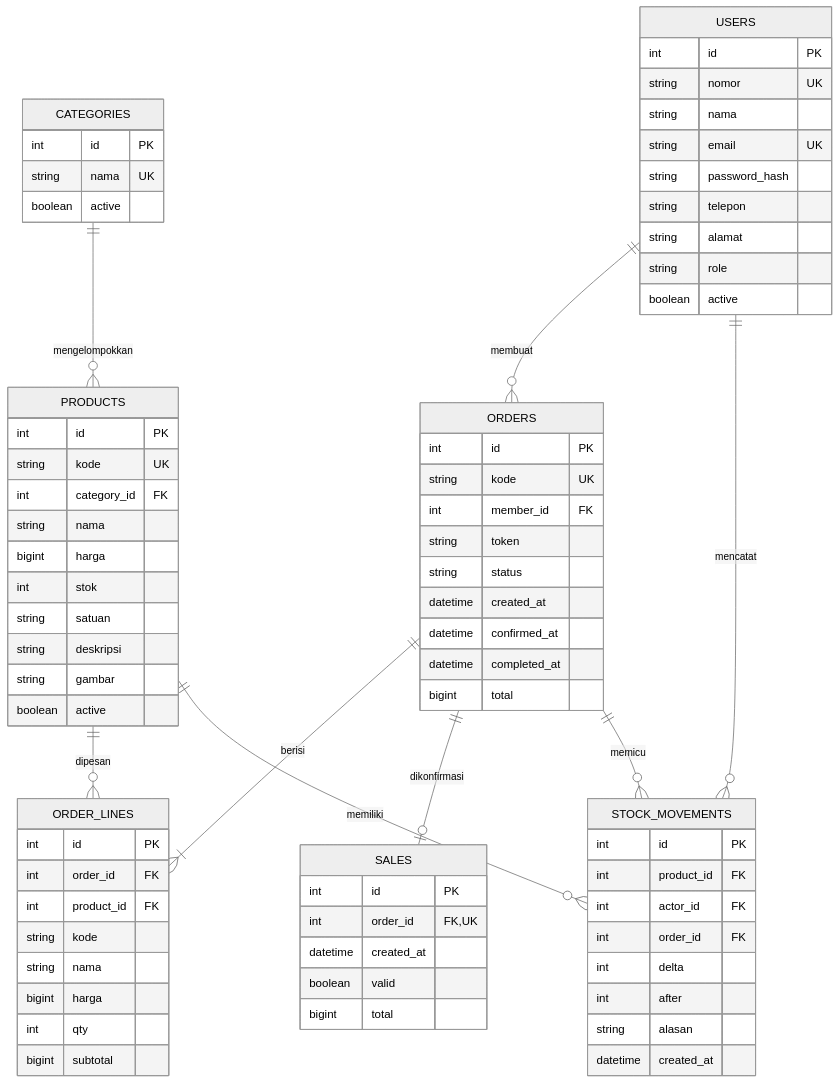
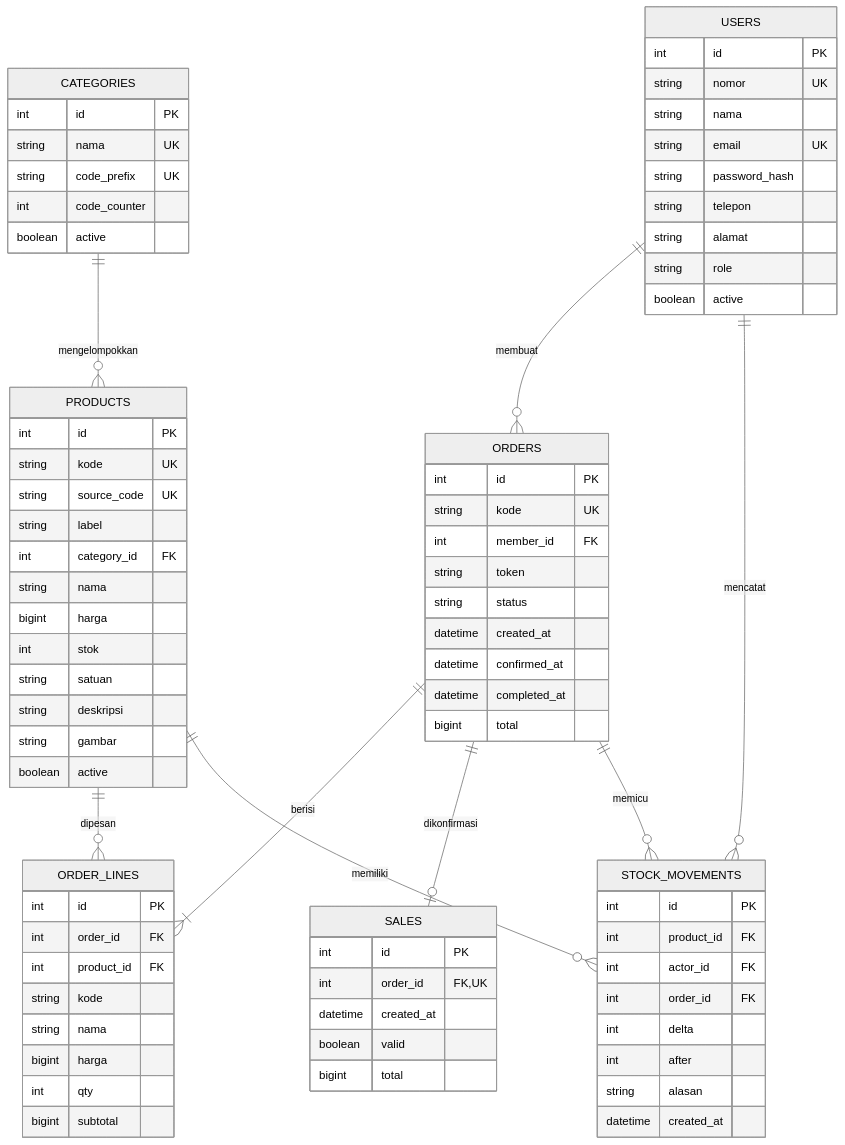
Before and after one commit to Nayaa00/SIKOS: the first of 2 diagrams in docs/ERD.md, drawn with Mermaid (neutral theme). The commit also changed 55 other files, not shown here.

````diff
--- a/docs/ERD.md
+++ b/docs/ERD.md
@@ -3,77 +3,81 @@
 ```mermaid
 erDiagram
     USERS ||--o{ ORDERS : membuat
     USERS ||--o{ STOCK_MOVEMENTS : mencatat
     CATEGORIES ||--o{ PRODUCTS : mengelompokkan
     PRODUCTS ||--o{ ORDER_LINES : dipesan
     PRODUCTS ||--o{ STOCK_MOVEMENTS : memiliki
     ORDERS ||--|{ ORDER_LINES : berisi
     ORDERS ||--o| SALES : dikonfirmasi
     ORDERS ||--o{ STOCK_MOVEMENTS : memicu
     USERS {
         int id PK
         string nomor UK
         string nama
         string email UK
         string password_hash
         string telepon
         string alamat
         string role
         boolean active
     }
     CATEGORIES {
         int id PK
         string nama UK
+        string code_prefix UK
+        int code_counter
         boolean active
     }
     PRODUCTS {
         int id PK
         string kode UK
+        string source_code UK
+        string label
         int category_id FK
         string nama
         bigint harga
         int stok
         string satuan
         string deskripsi
         string gambar
         boolean active
     }
     ORDERS {
         int id PK
         string kode UK
         int member_id FK
         string token
         string status
         datetime created_at
         datetime confirmed_at
         datetime completed_at
         bigint total
     }
     ORDER_LINES {
         int id PK
         int order_id FK
         int product_id FK
         string kode
         string nama
         bigint harga
         int qty
         bigint subtotal
     }
     SALES {
         int id PK
         int order_id FK,UK
         datetime created_at
         boolean valid
         bigint total
     }
     STOCK_MOVEMENTS {
         int id PK
         int product_id FK
         int actor_id FK
         int order_id FK
         int delta
         int after
         string alasan
         datetime created_at
     }
 ```
````
